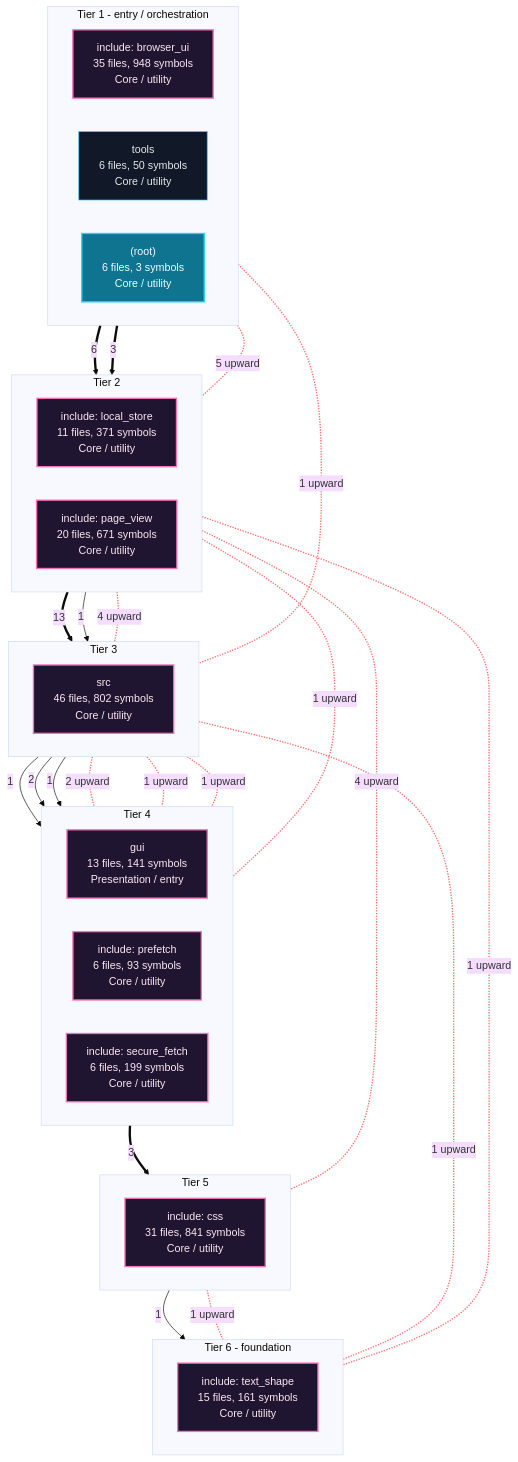
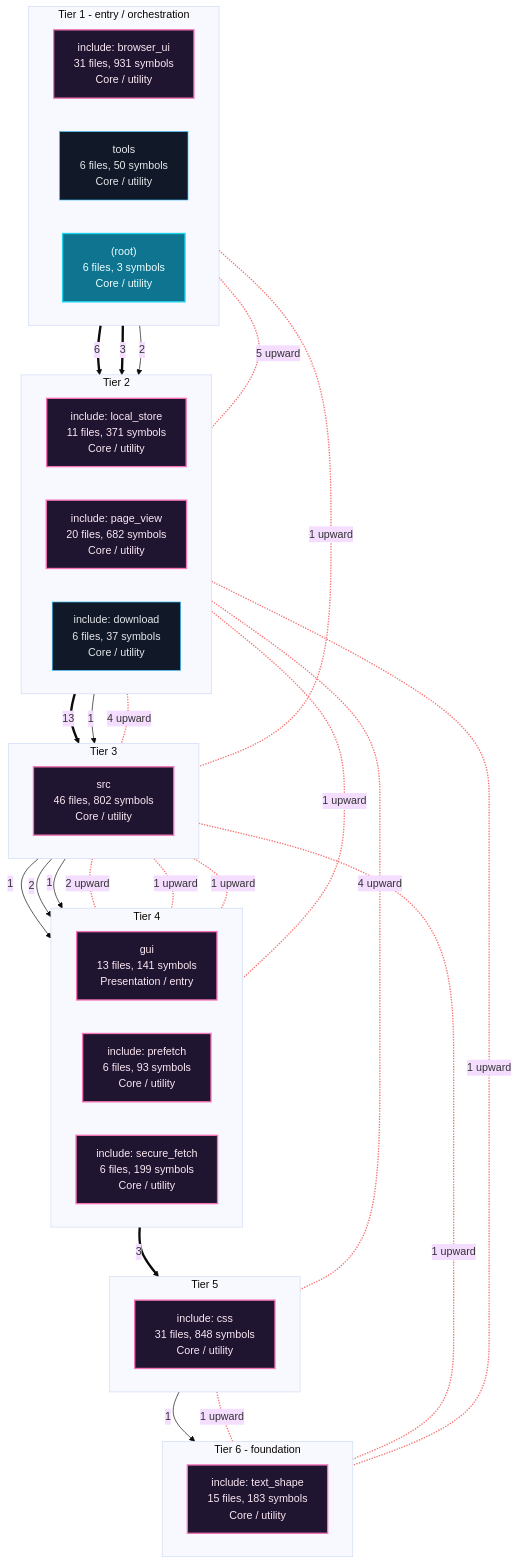
Before and after one commit to grisuno/FreeDom: the first of 7 diagrams in readmenator-apidocs/architecture.md, drawn with Mermaid (base theme). The commit also changed other lines of this file and 259 other files, not shown here.

````diff
--- a/readmenator-apidocs/architecture.md
+++ b/readmenator-apidocs/architecture.md
@@ -11,61 +11,63 @@
 ```mermaid
 flowchart TB
     classDef cycle fill:#1f1530,stroke:#f472b6,color:#fce7f3,stroke-width:2px;
     classDef default fill:#111827,stroke:#38bdf8,color:#e5e7eb;
     classDef entry fill:#0e7490,stroke:#22d3ee,color:#ecfeff,stroke-width:2px;
     subgraph lane_0["Tier 1 - entry / orchestration"]
         direction LR
-        n_c1["include: browser_ui<br/>35 files, 948 symbols<br/>Core / utility"]:::cycle
+        n_c1["include: browser_ui<br/>31 files, 931 symbols<br/>Core / utility"]:::cycle
         n_d_tools["tools<br/>6 files, 50 symbols<br/>Core / utility"]:::default
         n_d__root_["(root)<br/>6 files, 3 symbols<br/>Core / utility"]:::entry
     end
     subgraph lane_1["Tier 2"]
         direction LR
         n_c5["include: local_store<br/>11 files, 371 symbols<br/>Core / utility"]:::cycle
-        n_c3["include: page_view<br/>20 files, 671 symbols<br/>Core / utility"]:::cycle
+        n_c3["include: page_view<br/>20 files, 682 symbols<br/>Core / utility"]:::cycle
+        n_c8["include: download<br/>6 files, 37 symbols<br/>Core / utility"]:::default
     end
     subgraph lane_2["Tier 3"]
         direction LR
         n_c0["src<br/>46 files, 802 symbols<br/>Core / utility"]:::cycle
     end
     subgraph lane_3["Tier 4"]
         direction LR
         n_c6["gui<br/>13 files, 141 symbols<br/>Presentation / entry"]:::cycle
-        n_c8["include: prefetch<br/>6 files, 93 symbols<br/>Core / utility"]:::cycle
+        n_c9["include: prefetch<br/>6 files, 93 symbols<br/>Core / utility"]:::cycle
         n_c7["include: secure_fetch<br/>6 files, 199 symbols<br/>Core / utility"]:::cycle
     end
     subgraph lane_4["Tier 5"]
         direction LR
-        n_c2["include: css<br/>31 files, 841 symbols<br/>Core / utility"]:::cycle
+        n_c2["include: css<br/>31 files, 848 symbols<br/>Core / utility"]:::cycle
     end
     subgraph lane_5["Tier 6 - foundation"]
         direction LR
-        n_c4["include: text_shape<br/>15 files, 161 symbols<br/>Core / utility"]:::cycle
+        n_c4["include: text_shape<br/>15 files, 183 symbols<br/>Core / utility"]:::cycle
     end
     n_c0 -->|"1"| n_c6
     n_c0 -->|"2"| n_c7
-    n_c0 -->|"1"| n_c8
+    n_c0 -->|"1"| n_c9
     n_c1 ==>|"6"| n_c3
     n_c1 ==>|"3"| n_c5
+    n_c1 -->|"2"| n_c8
     n_c2 -->|"1"| n_c4
     n_c3 ==>|"13"| n_c0
     n_c5 -->|"1"| n_c0
     n_c6 ==>|"3"| n_c2
     n_c1 <-.-|"1 upward"| n_c0
     n_c3 <-.-|"4 upward"| n_c0
     n_c3 <-.-|"4 upward"| n_c2
     n_c1 <-.-|"5 upward"| n_c3
     n_c0 <-.-|"1 upward"| n_c4
     n_c2 <-.-|"1 upward"| n_c4
     n_c3 <-.-|"1 upward"| n_c4
     n_c0 <-.-|"2 upward"| n_c6
     n_c3 <-.-|"1 upward"| n_c6
     n_c0 <-.-|"1 upward"| n_c7
-    n_c0 <-.-|"1 upward"| n_c8
-    linkStyle 9,10,11,12,13,14,15,16,17,18,19 stroke:#f87171,stroke-width:2px;
+    n_c0 <-.-|"1 upward"| n_c9
+    linkStyle 10,11,12,13,14,15,16,17,18,19,20 stroke:#f87171,stroke-width:2px;
     n_c1 ~~~ n_c5
     n_c5 ~~~ n_c0
     n_c0 ~~~ n_c6
     n_c6 ~~~ n_c2
     n_c2 ~~~ n_c4
 ```
````
